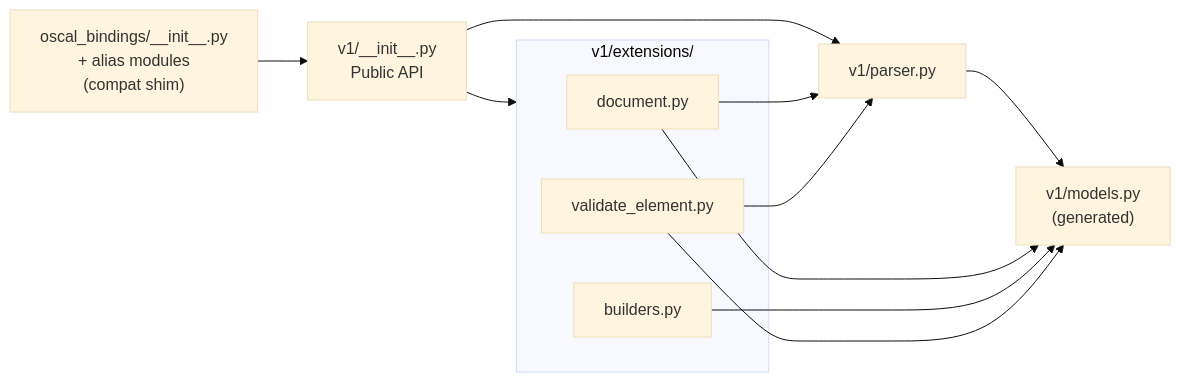
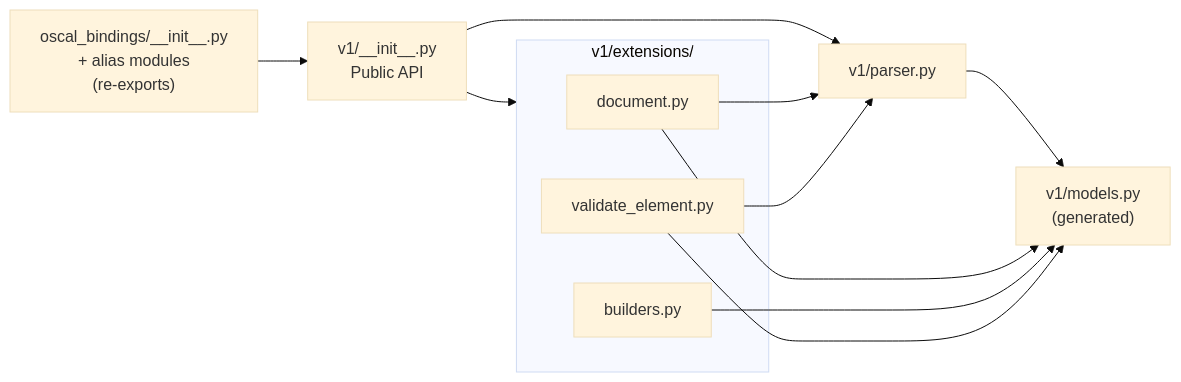
Before and after one commit to cairn-proofs/oscal-bindings-python: the diagram in .agents/summary/components.md, drawn with Mermaid (base theme). The commit also changed other lines of this file and 16 other files, not shown here.

````diff
--- a/.agents/summary/components.md
+++ b/.agents/summary/components.md
@@ -5,17 +5,17 @@
 ```mermaid
 graph LR
-    SHIM["oscal_bindings/__init__.py<br/>+ alias modules<br/>(compat shim)"] --> INIT
+    SHIM["oscal_bindings/__init__.py<br/>+ alias modules<br/>(re-exports)"] --> INIT
     INIT["v1/__init__.py<br/>Public API"] --> PARSER
     INIT --> EXT
     PARSER["v1/parser.py"] --> MODELS["v1/models.py<br/>(generated)"]
     subgraph EXT["v1/extensions/"]
         DOC["document.py"]
         BLD["builders.py"]
         VAL["validate_element.py"]
     end
     DOC --> MODELS
     DOC --> PARSER
     BLD --> MODELS
     VAL --> MODELS
     VAL --> PARSER
 ```
````
